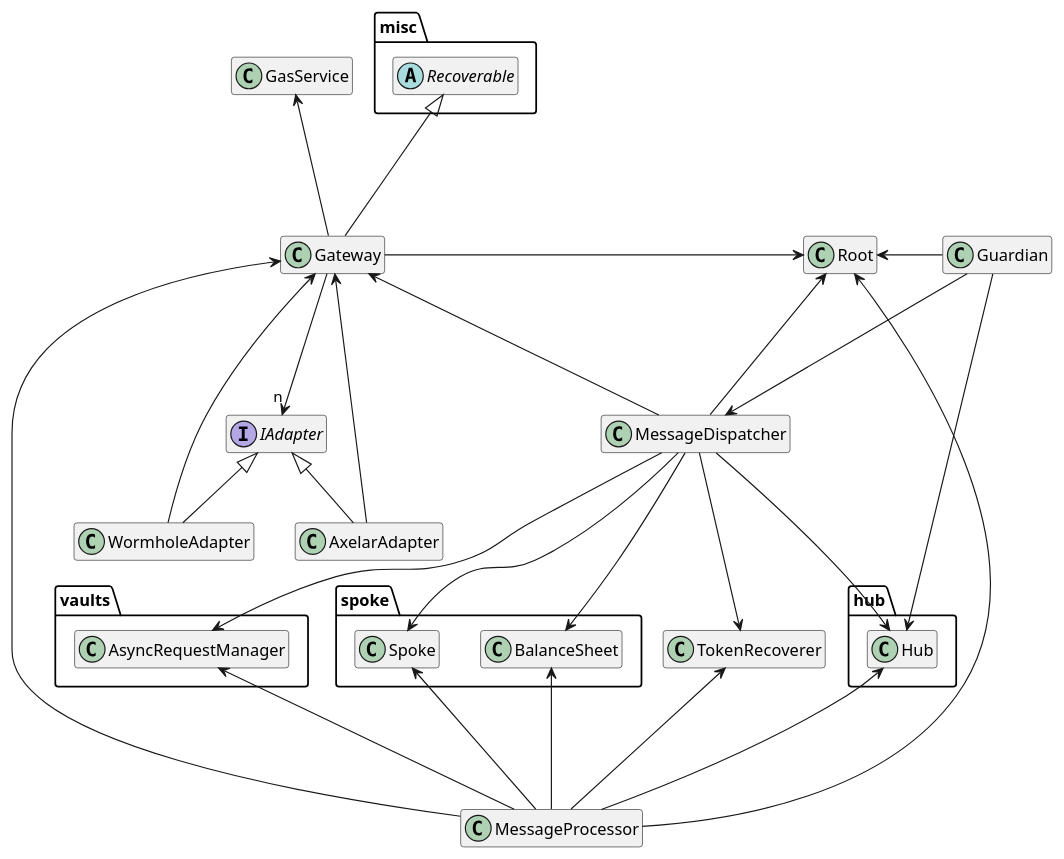
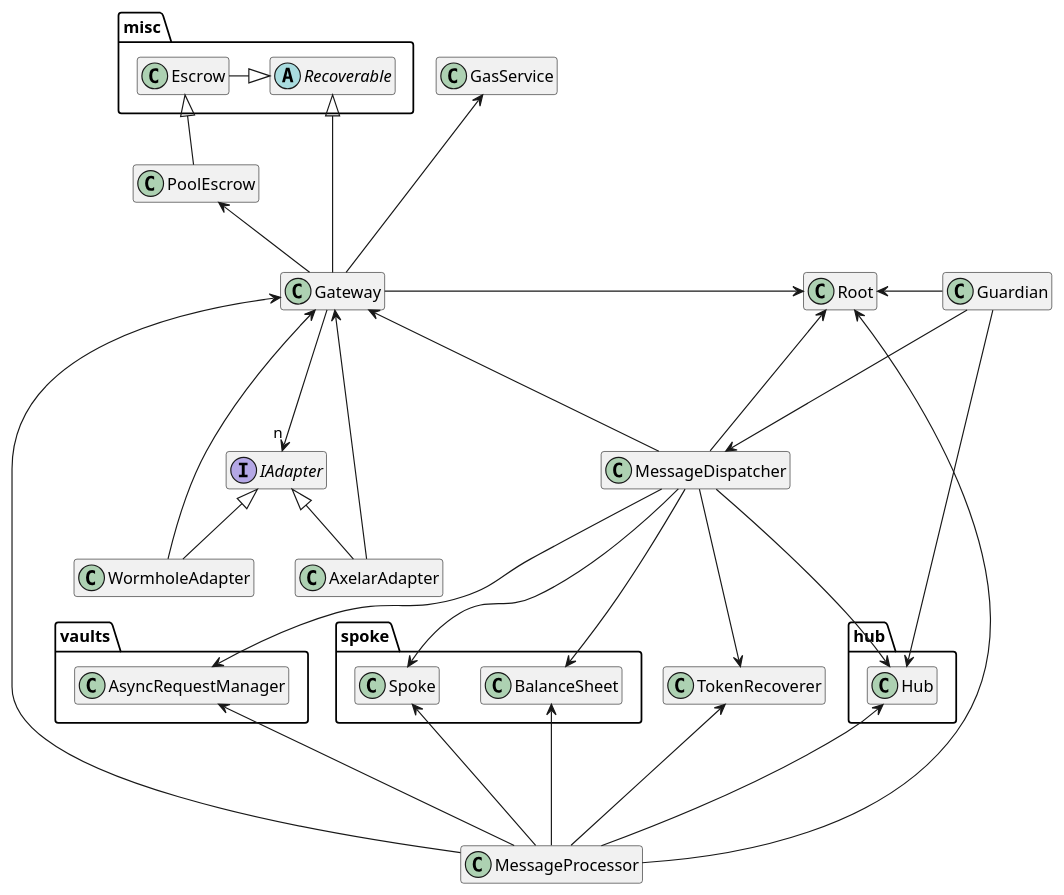
One commit to centrifuge/protocol changed the diagram in docs/architecture/common.puml. Above: the diagram before and after it, drawn with PlantUML. The commit also changed 1 other file, not shown here.

Commit message:
move escrow diagram to common

```diff
--- a/docs/architecture/common.puml
+++ b/docs/architecture/common.puml
@@ -1,65 +1,70 @@
 @startuml
 hide empty members
 
 package misc {
     abstract Recoverable
+    class Escrow
 }
 
 package hub {
     class Hub
 }
 
 package spoke {
     class Spoke
     class BalanceSheet
 }
 
 package vaults {
     class AsyncRequestManager
 }
 
 interface IAdapter
 
 class TokenRecoverer
 class Root
 class MessageDispatcher
 class MessageProcessor
 class Gateway
 class AxelarAdapter
 class WormholeAdapter
 class Guardian
 class GasService
+class PoolEscrow
 
 AxelarAdapter -up-|> IAdapter
 AxelarAdapter -up--> Gateway
 
 WormholeAdapter -up-|> IAdapter
 WormholeAdapter -up--> Gateway
 
 MessageProcessor --up-> Root
 MessageProcessor --up-> TokenRecoverer
 MessageProcessor --up-> Hub
 MessageProcessor --up-> Spoke
 MessageProcessor --up-> AsyncRequestManager
 MessageProcessor --up-> BalanceSheet
 MessageProcessor --up-> Gateway
 
 MessageDispatcher ---> Root
 MessageDispatcher ---> TokenRecoverer
 MessageDispatcher ---> Gateway
 MessageDispatcher ---> Hub
 MessageDispatcher ---> Spoke
 MessageDispatcher ---> AsyncRequestManager
 MessageDispatcher ---> BalanceSheet
 
 Guardian ---> Hub
 Guardian -left---> Root
 Guardian ---> MessageDispatcher
 
 Gateway -up--> GasService
 Gateway -up--|> Recoverable
 Gateway -right-> Root
 Gateway -down-->"n" IAdapter
+Gateway -up->PoolEscrow
 
+PoolEscrow -up-|> Escrow
+Escrow -right-|> Recoverable
 
 @enduml
```
